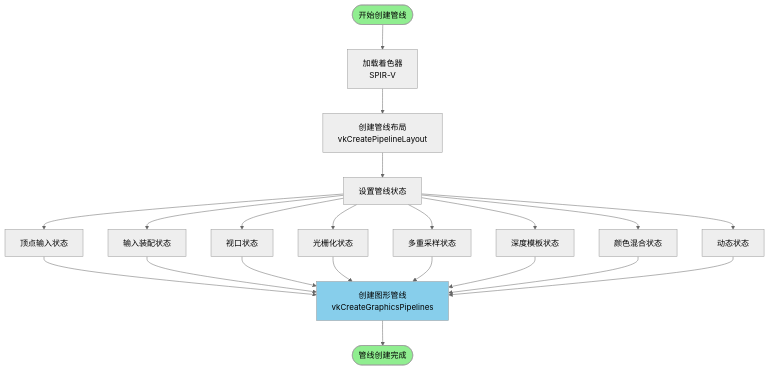
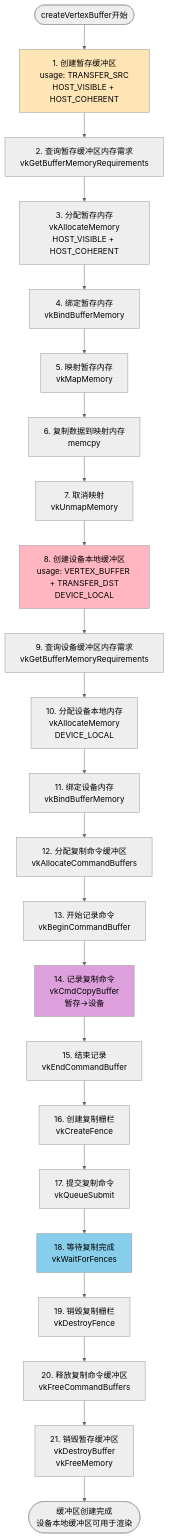
Diagram 13 of 23 in fenxi/Vulkan框架模型文档.md (diandiandevelop/Vulkan), drawn with Mermaid (neutral theme) before and after one commit. The commit also changed other lines of this file, not shown here.

````diff
--- a/fenxi/Vulkan框架模型文档.md
+++ b/fenxi/Vulkan框架模型文档.md
@@ -289,30 +1067,30 @@
 ```mermaid
 flowchart TD
-    Start([开始创建管线]) --> LoadShaders[加载着色器<br/>SPIR-V]
-    LoadShaders --> CreateLayout[创建管线布局<br/>vkCreatePipelineLayout]
-    CreateLayout --> SetupStates[设置管线状态]
+    Start([createVertexBuffer开始]) --> CreateStagingBuf[1. 创建暂存缓冲区<br/>usage: TRANSFER_SRC<br/>HOST_VISIBLE + HOST_COHERENT]
+    CreateStagingBuf --> QueryStagingMem[2. 查询暂存缓冲区内存需求<br/>vkGetBufferMemoryRequirements]
+    QueryStagingMem --> AllocStagingMem[3. 分配暂存内存<br/>vkAllocateMemory<br/>HOST_VISIBLE + HOST_COHERENT]
+    AllocStagingMem --> BindStagingMem[4. 绑定暂存内存<br/>vkBindBufferMemory]
+    BindStagingMem --> MapStaging[5. 映射暂存内存<br/>vkMapMemory]
+    MapStaging --> CopyData[6. 复制数据到映射内存<br/>memcpy]
+    CopyData --> UnmapStaging[7. 取消映射<br/>vkUnmapMemory]
+    UnmapStaging --> CreateDeviceBuf[8. 创建设备本地缓冲区<br/>usage: VERTEX_BUFFER + TRANSFER_DST<br/>DEVICE_LOCAL]
+    CreateDeviceBuf --> QueryDeviceMem[9. 查询设备缓冲区内存需求<br/>vkGetBufferMemoryRequirements]
+    QueryDeviceMem --> AllocDeviceMem[10. 分配设备本地内存<br/>vkAllocateMemory<br/>DEVICE_LOCAL]
+    AllocDeviceMem --> BindDeviceMem[11. 绑定设备内存<br/>vkBindBufferMemory]
+    BindDeviceMem --> AllocCopyCmd[12. 分配复制命令缓冲区<br/>vkAllocateCommandBuffers]
+    AllocCopyCmd --> BeginCopyCmd[13. 开始记录命令<br/>vkBeginCommandBuffer]
+    BeginCopyCmd --> RecordCopy[14. 记录复制命令<br/>vkCmdCopyBuffer<br/>暂存->设备]
+    RecordCopy --> EndCopyCmd[15. 结束记录<br/>vkEndCommandBuffer]
+    EndCopyCmd --> CreateFence[16. 创建复制栅栏<br/>vkCreateFence]
+    CreateFence --> SubmitCopy[17. 提交复制命令<br/>vkQueueSubmit]
+    SubmitCopy --> WaitCopy[18. 等待复制完成<br/>vkWaitForFences]
+    WaitCopy --> DestroyFence[19. 销毁复制栅栏<br/>vkDestroyFence]
+    DestroyFence --> FreeCopyCmd[20. 释放复制命令缓冲区<br/>vkFreeCommandBuffers]
+    FreeCopyCmd --> DestroyStaging[21. 销毁暂存缓冲区<br/>vkDestroyBuffer<br/>vkFreeMemory]
+    DestroyStaging --> End([缓冲区创建完成<br/>设备本地缓冲区可用于渲染])
     
-    SetupStates --> VertexInput[顶点输入状态]
-    SetupStates --> InputAssembly[输入装配状态]
-    SetupStates --> Viewport[视口状态]
-    SetupStates --> Rasterization[光栅化状态]
-    SetupStates --> Multisample[多重采样状态]
-    SetupStates --> DepthStencil[深度模板状态]
-    SetupStates --> ColorBlend[颜色混合状态]
-    SetupStates --> DynamicState[动态状态]
-    
-    VertexInput --> CreatePipeline[创建图形管线<br/>vkCreateGraphicsPipelines]
-    InputAssembly --> CreatePipeline
-    Viewport --> CreatePipeline
-    Rasterization --> CreatePipeline
-    Multisample --> CreatePipeline
-    DepthStencil --> CreatePipeline
-    ColorBlend --> CreatePipeline
-    DynamicState --> CreatePipeline
-    
-    CreatePipeline --> End([管线创建完成])
-    
-    style Start fill:#90EE90
-    style End fill:#90EE90
-    style CreatePipeline fill:#87CEEB
+    style CreateStagingBuf fill:#FFE4B5
+    style CreateDeviceBuf fill:#FFB6C1
+    style RecordCopy fill:#DDA0DD
+    style WaitCopy fill:#87CEEB
 ```
````
